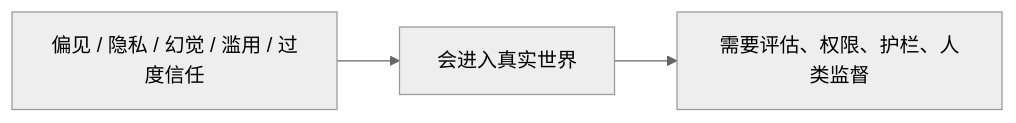
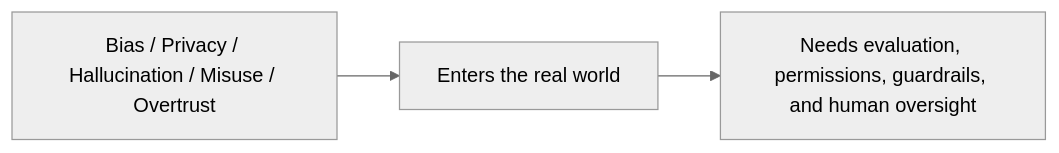
One commit to oudbiao/AI-fullstack-course changed the diagram in docs/ch12-multimodal/ch04-frontier/02-ai-ethics.md. Above: the diagram before and after it, drawn with Mermaid (neutral theme). The commit also changed other lines of this file and 1406 other files, not shown here.

````diff
--- a/docs/ch12-multimodal/ch04-frontier/02-ai-ethics.md
+++ b/docs/ch12-multimodal/ch04-frontier/02-ai-ethics.md
@@ -38,5 +38,5 @@
 ```mermaid
 flowchart LR
-    A["偏见 / 隐私 / 幻觉 / 滥用 / 过度信任"] --> B["会进入真实世界"]
-    B --> C["需要评估、权限、护栏、人类监督"]
+    A["Bias / Privacy / Hallucination / Misuse / Overtrust"] --> B["Enters the real world"]
+    B --> C["Needs evaluation, permissions, guardrails, and human oversight"]
 ```
````
